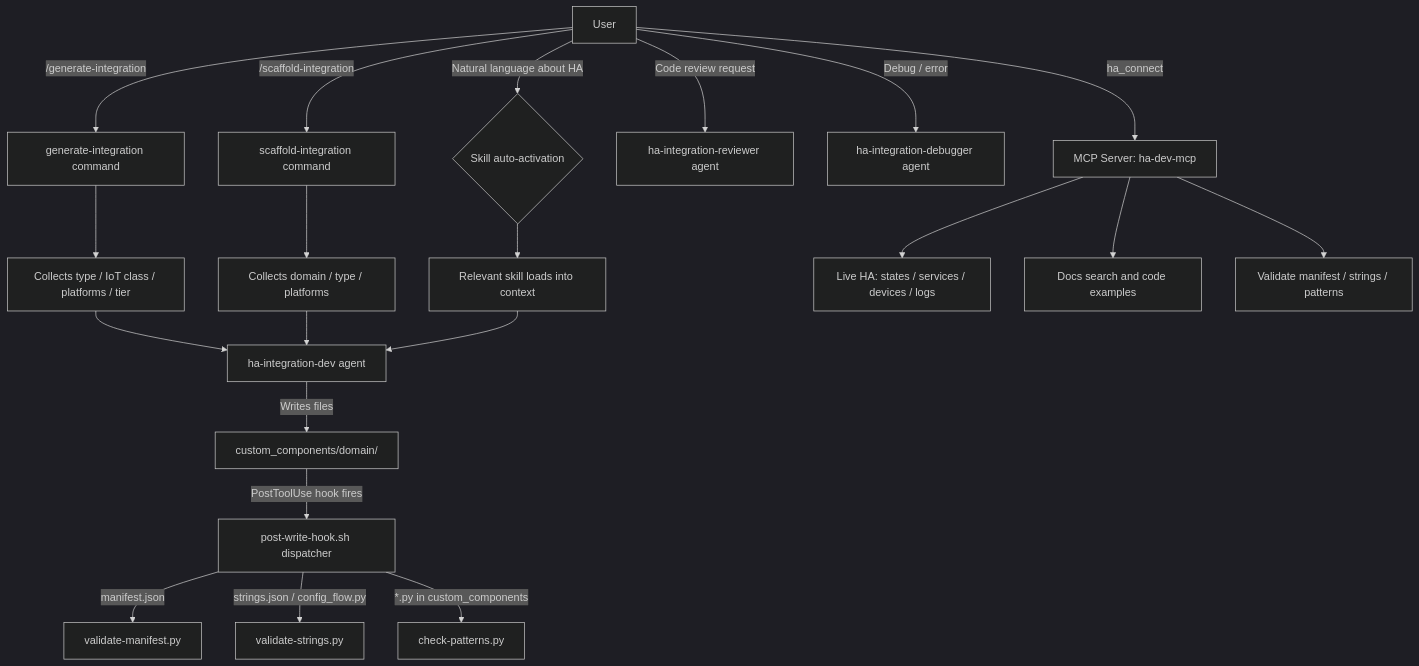
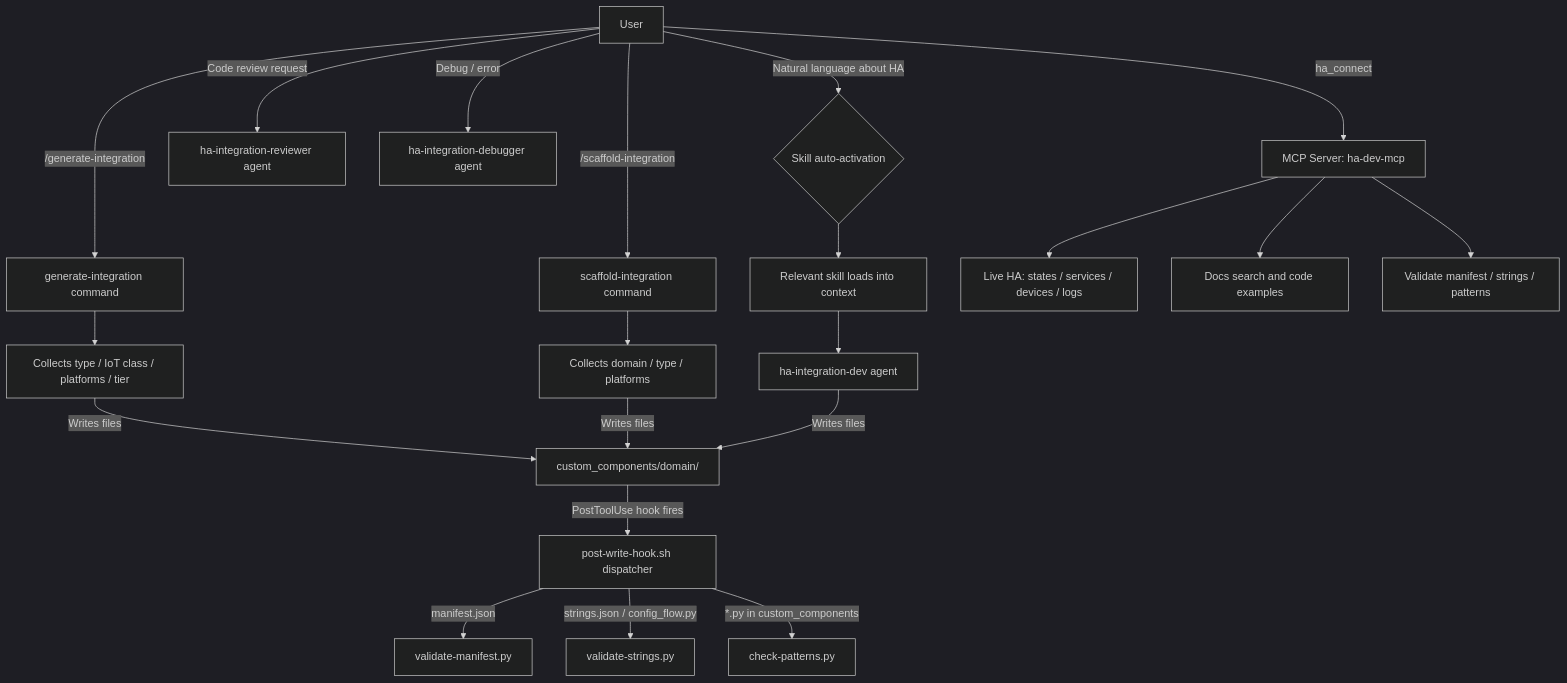
The diagram in plugins/home-assistant-dev/README.md (L3DigitalNet/Claude-Code-Plugins), drawn with Mermaid (dark theme) before and after one commit. The commit also changed other lines of this file, not shown here.

First line of the commit message:
fix(ha-dev): README.md review findings (F122, F123, F135, F256, F269, F270, F275, F276)

````diff
--- a/plugins/home-assistant-dev/README.md
+++ b/plugins/home-assistant-dev/README.md
@@ -47,30 +47,30 @@
 ```mermaid
 flowchart TD
     A[User] -->|/generate-integration| B[generate-integration command]
     A -->|/scaffold-integration| C[scaffold-integration command]
     A -->|Natural language about HA| D{Skill auto-activation}
 
     B --> E[Collects type / IoT class / platforms / tier]
     C --> F[Collects domain / type / platforms]
 
-    E --> G[ha-integration-dev agent]
-    F --> G
+    E -->|Writes files| I[custom_components/domain/]
+    F -->|Writes files| I
 
     D --> H[Relevant skill loads into context]
-    H --> G
+    H --> G[ha-integration-dev agent]
+    G -->|Writes files| I
 
-    G -->|Writes files| I[custom_components/domain/]
     I -->|PostToolUse hook fires| J[post-write-hook.sh dispatcher]
 
     J -->|manifest.json| K[validate-manifest.py]
     J -->|strings.json / config_flow.py| L[validate-strings.py]
     J -->|*.py in custom_components| M[check-patterns.py]
 
     A -->|Code review request| N[ha-integration-reviewer agent]
     A -->|Debug / error| O[ha-integration-debugger agent]
 
     A -->|ha_connect| P[MCP Server: ha-dev-mcp]
     P --> Q[Live HA: states / services / devices / logs]
     P --> R[Docs search and code examples]
     P --> S[Validate manifest / strings / patterns]
 ```
````
